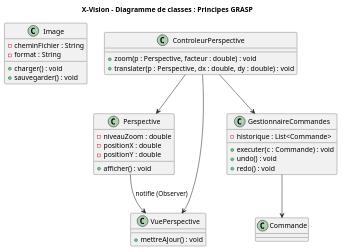
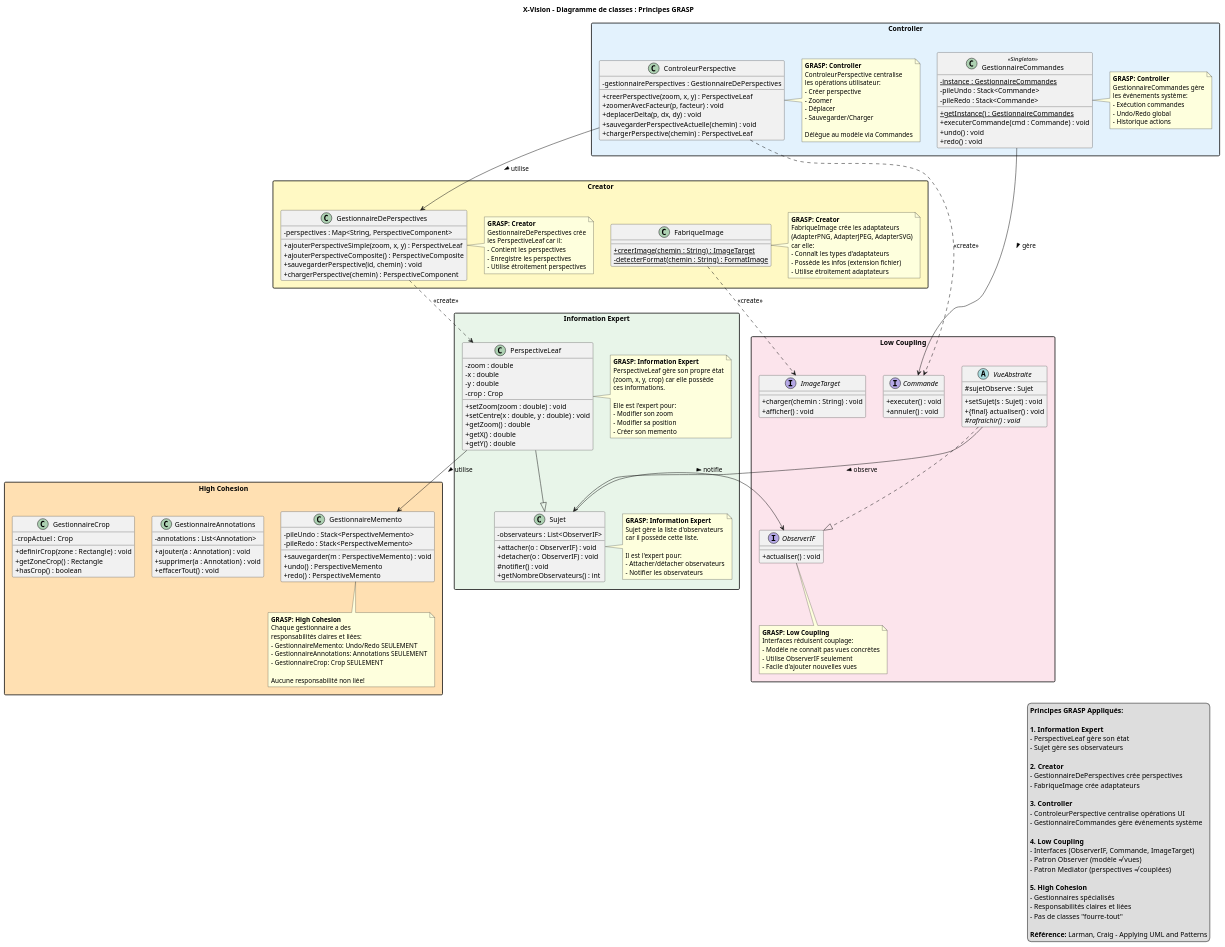
Before and after one commit to antoinemailhot/X-Vision: the diagram in docs/diagramme_grasp.puml, drawn with PlantUML. The commit also changed 29 other files, not shown here.

```diff
--- a/docs/diagramme_grasp.puml
+++ b/docs/diagramme_grasp.puml
@@ -2,61 +2,261 @@
 ' =====================================================
 ' DIAGRAMME DE CLASSES - PRINCIPES GRASP
 ' Projet : X-Vision
-' Auteur : Antoine Mailhot & Micaël Racine-Leblanc 
+' Auteur : Antoine Mailhot & Micaël Racine-Leblanc
 ' Description : Application des principes GRASP
 '               (faible couplage, forte cohésion, expert en information)
 ' =====================================================
 
 title X-Vision - Diagramme de classes : Principes GRASP
 
-' Exemple de Modèle
-class Image {
-    -cheminFichier : String
-    -format : String
-    +charger() : void
-    +sauvegarder() : void
+skinparam classAttributeIconSize 0
+skinparam packageStyle rectangle
+skinparam shadowing false
+
+' ============ INFORMATION EXPERT ============
+package "Information Expert" #E8F5E9 {
+    class PerspectiveLeaf {
+        -zoom : double
+        -x : double
+        -y : double
+        -crop : Crop
+        +setZoom(zoom : double) : void
+        +setCentre(x : double, y : double) : void
+        +getZoom() : double
+        +getX() : double
+        +getY() : double
+    }
+
+    note right of PerspectiveLeaf
+        **GRASP: Information Expert**
+        PerspectiveLeaf gère son propre état
+        (zoom, x, y, crop) car elle possède
+        ces informations.
+
+        Elle est l'expert pour:
+        - Modifier son zoom
+        - Modifier sa position
+        - Créer son memento
+    end note
+
+    class Sujet {
+        -observateurs : List<ObserverIF>
+        +attacher(o : ObserverIF) : void
+        +detacher(o : ObserverIF) : void
+        #notifier() : void
+        +getNombreObservateurs() : int
+    }
+
+    note right of Sujet
+        **GRASP: Information Expert**
+        Sujet gère la liste d'observateurs
+        car il possède cette liste.
+
+        Il est l'expert pour:
+        - Attacher/détacher observateurs
+        - Notifier les observateurs
+    end note
 }
 
-class Perspective {
-    -niveauZoom : double
-    -positionX : double
-    -positionY : double
-    +afficher() : void
+' ============ CREATOR ============
+package "Creator" #FFF9C4 {
+    class GestionnaireDePerspectives {
+        -perspectives : Map<String, PerspectiveComponent>
+        +ajouterPerspectiveSimple(zoom, x, y) : PerspectiveLeaf
+        +ajouterPerspectiveComposite() : PerspectiveComposite
+        +sauvegarderPerspective(id, chemin) : void
+        +chargerPerspective(chemin) : PerspectiveComponent
+    }
+
+    note right of GestionnaireDePerspectives
+        **GRASP: Creator**
+        GestionnaireDePerspectives crée
+        les PerspectiveLeaf car il:
+        - Contient les perspectives
+        - Enregistre les perspectives
+        - Utilise étroitement perspectives
+    end note
+
+    class FabriqueImage {
+        +{static} creerImage(chemin : String) : ImageTarget
+        -{static} detecterFormat(chemin : String) : FormatImage
+    }
+
+    note right of FabriqueImage
+        **GRASP: Creator**
+        FabriqueImage crée les adaptateurs
+        (AdapterPNG, AdapterJPEG, AdapterSVG)
+        car elle:
+        - Connaît les types d'adaptateurs
+        - Possède les infos (extension fichier)
+        - Utilise étroitement adaptateurs
+    end note
 }
 
-' Controller central
-class ControleurPerspective {
-    +zoom(p : Perspective, facteur : double) : void
-    +translater(p : Perspective, dx : double, dy : double) : void
+' ============ CONTROLLER ============
+package "Controller" #E3F2FD {
+    class ControleurPerspective {
+        -gestionnairePerspectives : GestionnaireDePerspectives
+        +creerPerspective(zoom, x, y) : PerspectiveLeaf
+        +zoomerAvecFacteur(p, facteur) : void
+        +deplacerDelta(p, dx, dy) : void
+        +sauvegarderPerspectiveActuelle(chemin) : void
+        +chargerPerspective(chemin) : PerspectiveLeaf
+    }
+
+    note right of ControleurPerspective
+        **GRASP: Controller**
+        ControleurPerspective centralise
+        les opérations utilisateur:
+        - Créer perspective
+        - Zoomer
+        - Déplacer
+        - Sauvegarder/Charger
+
+        Délègue au modèle via Commandes
+    end note
+
+    class GestionnaireCommandes <<Singleton>> {
+        -{static} instance : GestionnaireCommandes
+        -pileUndo : Stack<Commande>
+        -pileRedo : Stack<Commande>
+        +{static} getInstance() : GestionnaireCommandes
+        +executerCommande(cmd : Commande) : void
+        +undo() : void
+        +redo() : void
+    }
+
+    note right of GestionnaireCommandes
+        **GRASP: Controller**
+        GestionnaireCommandes gère
+        les événements système:
+        - Exécution commandes
+        - Undo/Redo global
+        - Historique actions
+    end note
 }
 
-' Gestion de commandes et undo/redo
-class GestionnaireCommandes {
-    -historique : List<Commande>
-    +executer(c : Commande) : void
-    +undo() : void
-    +redo() : void
+' ============ LOW COUPLING ============
+package "Low Coupling" #FCE4EC {
+    interface ObserverIF {
+        +actualiser() : void
+    }
+
+    abstract class VueAbstraite {
+        #sujetObserve : Sujet
+        +setSujet(s : Sujet) : void
+        +{final} actualiser() : void
+        #{abstract} rafraichir() : void
+    }
+
+    interface Commande {
+        +executer() : void
+        +annuler() : void
+    }
+
+    interface ImageTarget {
+        +charger(chemin : String) : void
+        +afficher() : void
+    }
+
+    note bottom of ObserverIF
+        **GRASP: Low Coupling**
+        Interfaces réduisent couplage:
+        - Modèle ne connaît pas vues concrètes
+        - Utilise ObserverIF seulement
+        - Facile d'ajouter nouvelles vues
+    end note
 }
 
-' Observateur / Vue
-class VuePerspective {
-    +mettreAJour() : void
+' ============ HIGH COHESION ============
+package "High Cohesion" #FFE0B2 {
+    class GestionnaireMemento {
+        -pileUndo : Stack<PerspectiveMemento>
+        -pileRedo : Stack<PerspectiveMemento>
+        +sauvegarder(m : PerspectiveMemento) : void
+        +undo() : PerspectiveMemento
+        +redo() : PerspectiveMemento
+    }
+
+    class GestionnaireAnnotations {
+        -annotations : List<Annotation>
+        +ajouter(a : Annotation) : void
+        +supprimer(a : Annotation) : void
+        +effacerTout() : void
+    }
+
+    class GestionnaireCrop {
+        -cropActuel : Crop
+        +definirCrop(zone : Rectangle) : void
+        +getZoneCrop() : Rectangle
+        +hasCrop() : boolean
+    }
+
+    note bottom of GestionnaireMemento
+        **GRASP: High Cohesion**
+        Chaque gestionnaire a des
+        responsabilités claires et liées:
+        - GestionnaireMemento: Undo/Redo SEULEMENT
+        - GestionnaireAnnotations: Annotations SEULEMENT
+        - GestionnaireCrop: Crop SEULEMENT
+
+        Aucune responsabilité non liée!
+    end note
 }
 
 ' =====================================================
-' APPLICATION DES PRINCIPES GRASP
+' RELATIONS
 ' =====================================================
-' Information Expert : Perspective sait gérer son état (zoom, position)
-Perspective --> VuePerspective : notifie (Observer)
 
-' Low Coupling / High Cohesion :
-ControleurPerspective --> Perspective
-ControleurPerspective --> GestionnaireCommandes
+' Information Expert
+PerspectiveLeaf --|> Sujet
 
-' Creator : GestionnaireCommandes crée les objets Commande
-GestionnaireCommandes --> Commande
+' Creator
+GestionnaireDePerspectives ..> PerspectiveLeaf : <<create>>
+FabriqueImage ..> ImageTarget : <<create>>
 
-' Controller : ControleurPerspective centralise les opérations utilisateur
-ControleurPerspective --> VuePerspective
+' Controller
+ControleurPerspective --> GestionnaireDePerspectives : utilise >
+ControleurPerspective ..> Commande : <<create>>
+GestionnaireCommandes --> Commande : gère >
+
+' Low Coupling
+VueAbstraite ..|> ObserverIF
+VueAbstraite --> Sujet : observe >
+Sujet --> ObserverIF : notifie >
+
+' High Cohesion (composition)
+PerspectiveLeaf --> GestionnaireMemento : utilise >
+
+' =====================================================
+' LÉGENDE
+' =====================================================
+legend bottom right
+    **Principes GRASP Appliqués:**
+
+    **1. Information Expert**
+    - PerspectiveLeaf gère son état
+    - Sujet gère ses observateurs
+
+    **2. Creator**
+    - GestionnaireDePerspectives crée perspectives
+    - FabriqueImage crée adaptateurs
+
+    **3. Controller**
+    - ControleurPerspective centralise opérations UI
+    - GestionnaireCommandes gère événements système
+
+    **4. Low Coupling**
+    - Interfaces (ObserverIF, Commande, ImageTarget)
+    - Patron Observer (modèle ≠ vues)
+    - Patron Mediator (perspectives ≠ couplées)
+
+    **5. High Cohesion**
+    - Gestionnaires spécialisés
+    - Responsabilités claires et liées
+    - Pas de classes "fourre-tout"
+
+    **Référence:** Larman, Craig - Applying UML and Patterns
+end legend
 
 @enduml
```
